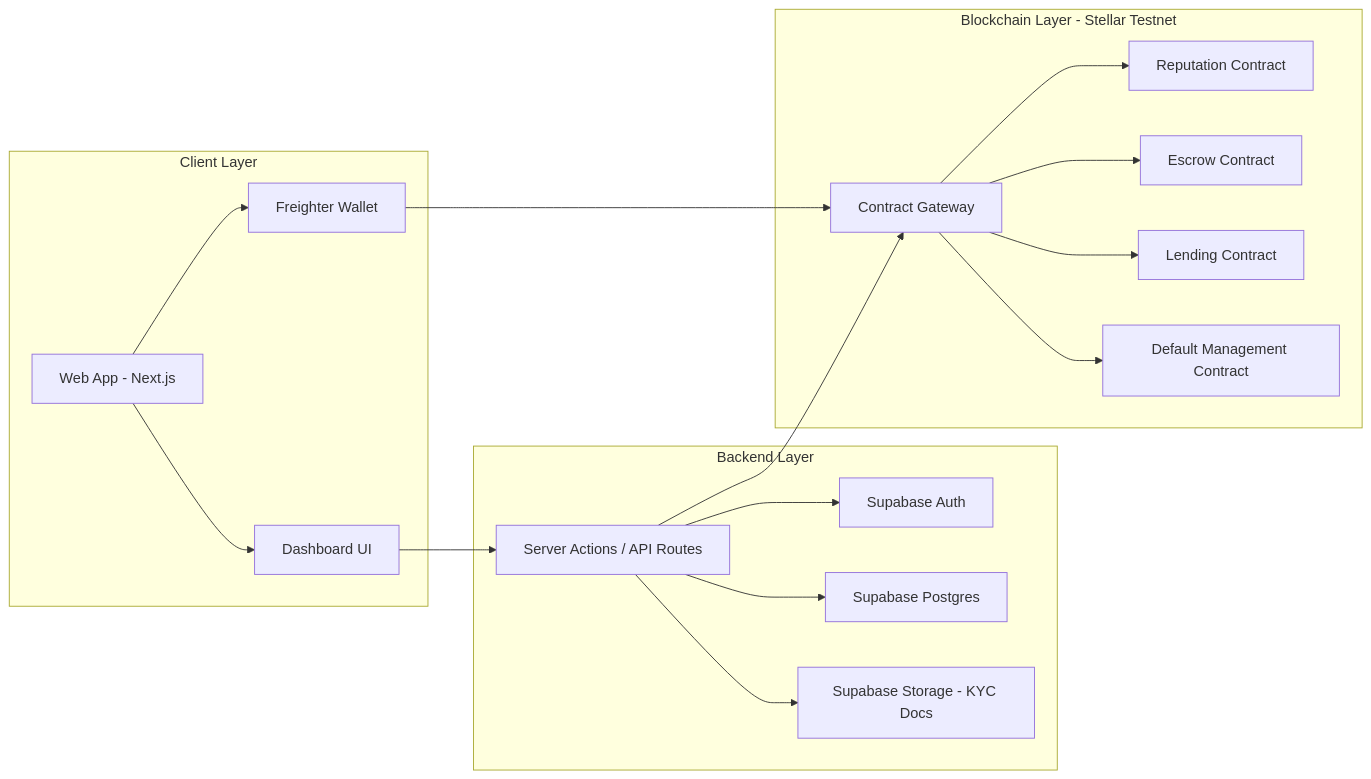
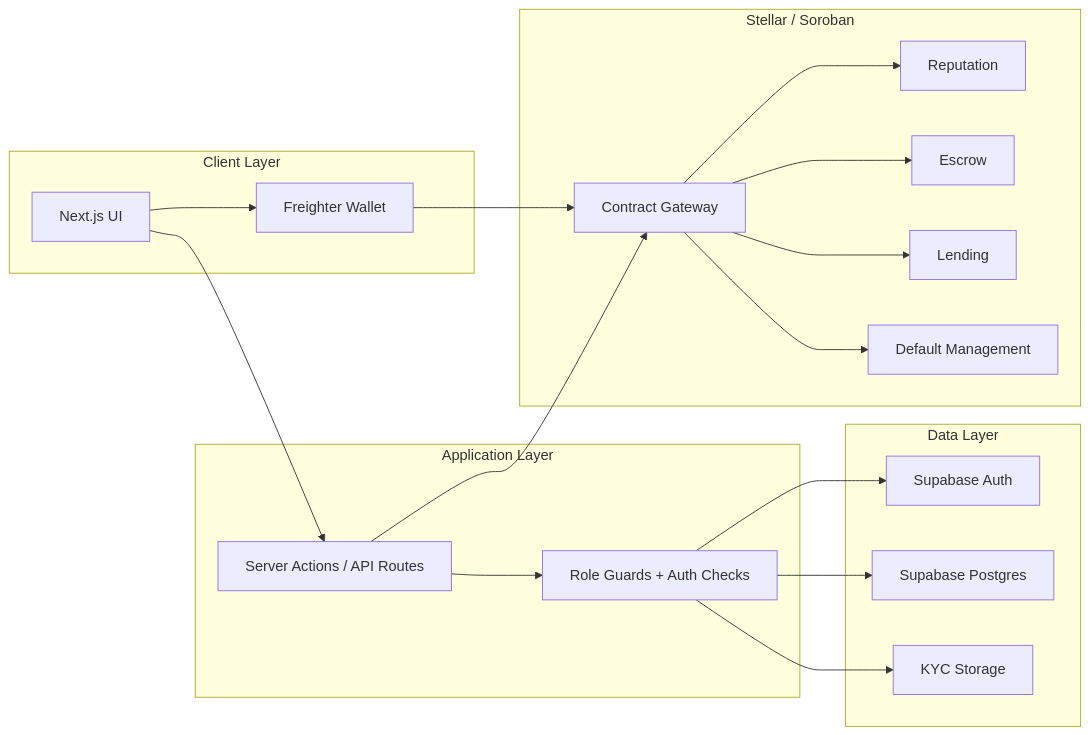
Before and after one commit to thisisouvik/trustlend-stellar: the second of 2 diagrams in README.md, drawn with Mermaid. The commit also changed other lines of this file, not shown here.

````diff
--- a/README.md
+++ b/README.md
@@ -203,36 +105,39 @@
 ```mermaid
 flowchart LR
-   subgraph Client[Client Layer]
-      A1[Web App - Next.js]
-      A2[Freighter Wallet]
-      A3[Dashboard UI]
-   end
+  subgraph Client[Client Layer]
+    UI[Next.js UI]
+    W[Freighter Wallet]
+  end
 
-   subgraph Backend[Backend Layer]
-      B0[Server Actions / API Routes]
-      B1[Supabase Auth]
-      B2[Supabase Postgres]
-      B3[Supabase Storage - KYC Docs]
-   end
+  subgraph App[Application Layer]
+    R[Server Actions / API Routes]
+    G[Role Guards + Auth Checks]
+  end
 
-   subgraph Chain[Blockchain Layer - Stellar Testnet]
-      C0[Contract Gateway]
-      C1[Reputation Contract]
-      C2[Escrow Contract]
-      C3[Lending Contract]
-      C4[Default Management Contract]
-   end
+  subgraph Data[Data Layer]
+    S[Supabase Auth]
+    P[Supabase Postgres]
+    K[KYC Storage]
+  end
 
-   A1 --> A3
-   A3 --> B0
-   A1 --> A2
-   B0 --> B1
-   B0 --> B2
-   B0 --> B3
-   B0 --> C0
-   A2 --> C0
-   C0 --> C1
-   C0 --> C2
-   C0 --> C3
-   C0 --> C4
+  subgraph Chain[Stellar / Soroban]
+    C0[Contract Gateway]
+    C1[Reputation]
+    C2[Escrow]
+    C3[Lending]
+    C4[Default Management]
+  end
+
+  UI --> R
+  UI --> W
+  R --> G
+  G --> S
+  G --> P
+  G --> K
+  R --> C0
+  W --> C0
+  C0 --> C1
+  C0 --> C2
+  C0 --> C3
+  C0 --> C4
 ```
````
